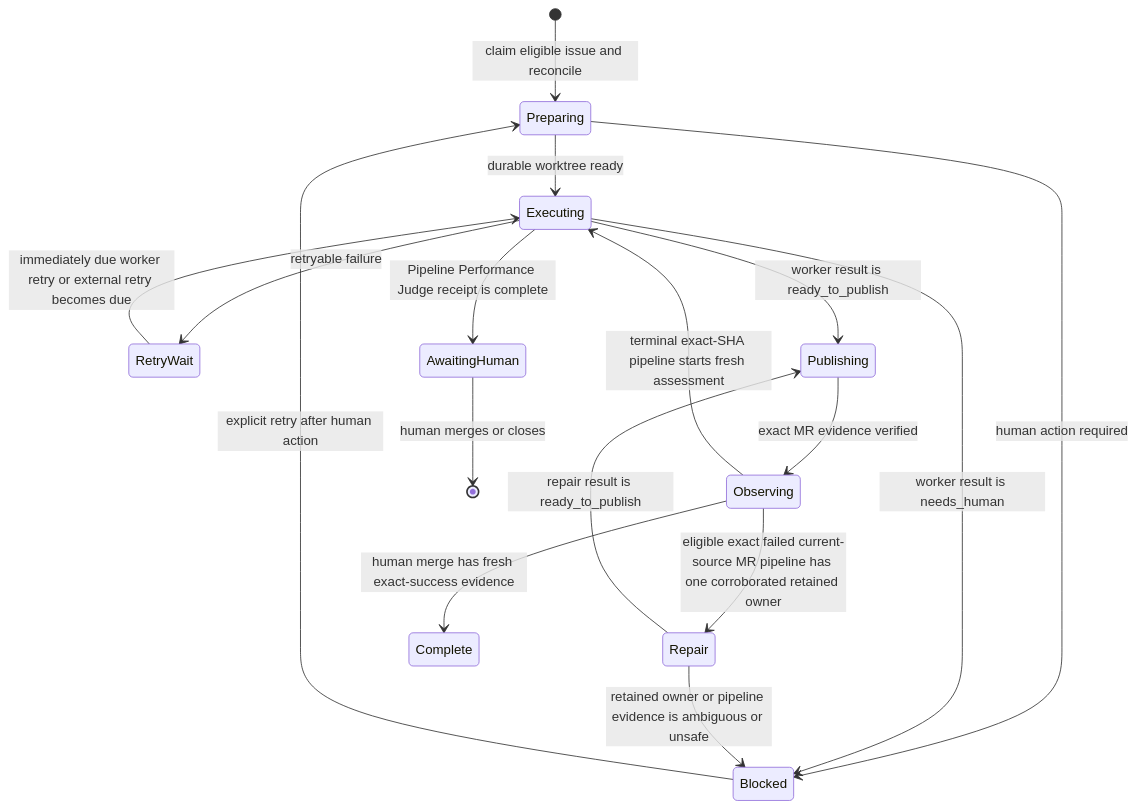
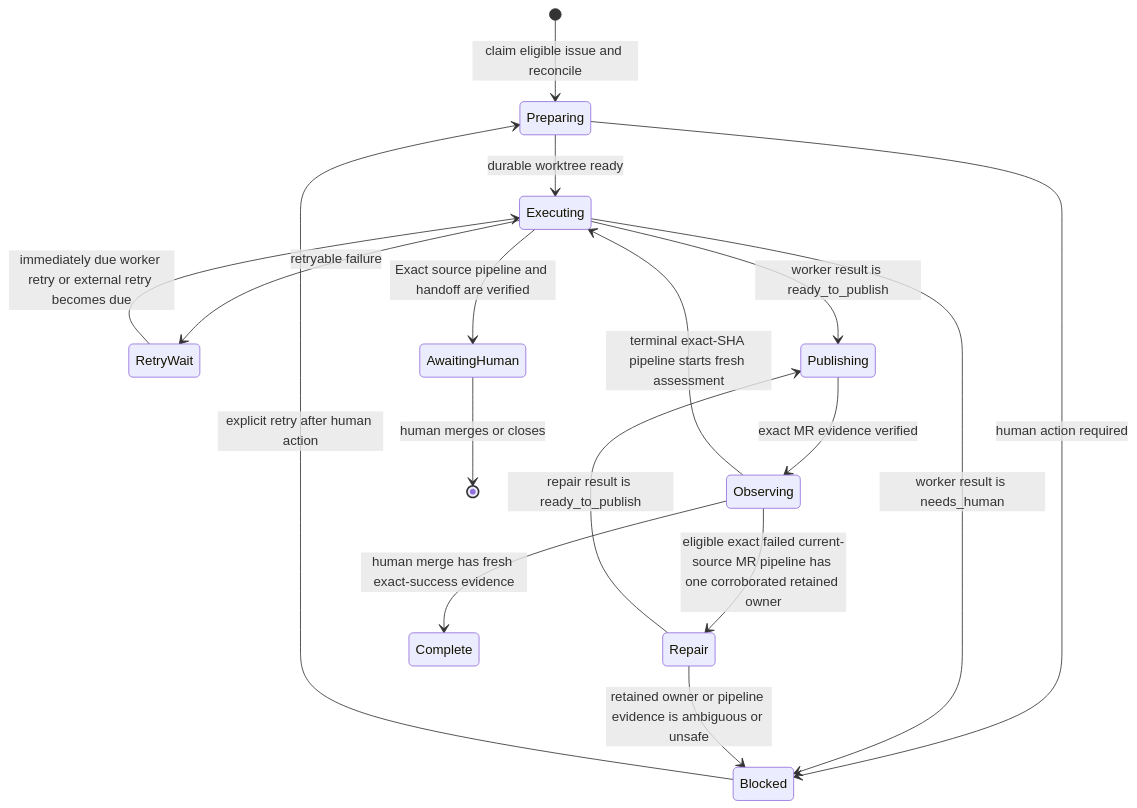
Before and after one commit to dfwguy/nvis-ova-agentic-copier: the diagram in template/docs/explanation/serial-agent-loop-recovery-design.md, drawn with Mermaid. The commit also changed other lines of this file and 26 other files, not shown here.

````diff
--- a/template/docs/explanation/serial-agent-loop-recovery-design.md
+++ b/template/docs/explanation/serial-agent-loop-recovery-design.md
@@ -78,19 +78,19 @@
 ```mermaid
 stateDiagram-v2
     [*] --> Preparing: claim eligible issue and reconcile
     Preparing --> Executing: durable worktree ready
     Executing --> RetryWait: retryable failure
     RetryWait --> Executing: immediately due worker retry or external retry becomes due
     Executing --> Publishing: worker result is ready_to_publish
     Publishing --> Observing: exact MR evidence verified
     Observing --> Repair: eligible exact failed current-source MR pipeline has one corroborated retained owner
     Observing --> Complete: human merge has fresh exact-success evidence
     Observing --> Executing: terminal exact-SHA pipeline starts fresh assessment
     Repair --> Publishing: repair result is ready_to_publish
-    Executing --> AwaitingHuman: Pipeline Performance Judge receipt is complete
+    Executing --> AwaitingHuman: Exact source pipeline and handoff are verified
     Preparing --> Blocked: human action required
     Executing --> Blocked: worker result is needs_human
     Repair --> Blocked: retained owner or pipeline evidence is ambiguous or unsafe
     Blocked --> Preparing: explicit retry after human action
     AwaitingHuman --> [*]: human merges or closes
 ```
````
